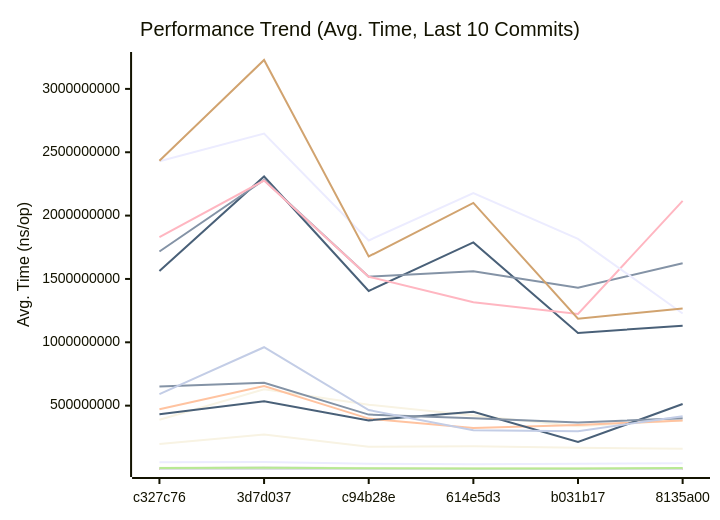
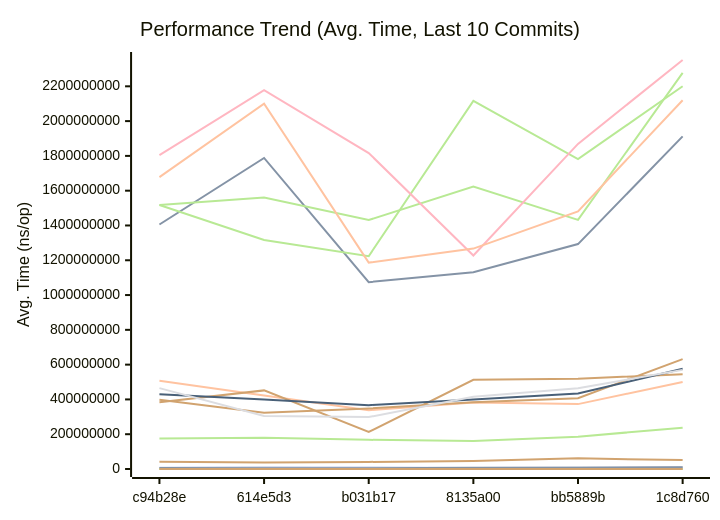
The first of 3 diagrams in docs/REFERENCE/PERFORMANCE.md (alsotoes/momo), drawn with Mermaid before and after one commit. The commit also changed other lines of this file and 3 other files, not shown here.

````diff
--- a/docs/REFERENCE/PERFORMANCE.md
+++ b/docs/REFERENCE/PERFORMANCE.md
@@ -260,44 +287,53 @@
 ```mermaid
 xychart-beta
     title "Performance Trend (Avg. Time, Last 10 Commits)"
     x-axis "Commit"
     y-axis "Avg. Time (ns/op)"
-    x-axis [c327c76,3d7d037,c94b28e,614e5d3,b031b17,8135a00]
-    line "AWSChunkedReaderSigned" [973548,1455699,680259,833482,953309,627888,785988,1067684,922629,835570]
-    line "AWSChunkedReaderUnsigned" [1054695,1128789,889133,730853,858757,790951,977586,1009938,957235,977699]
-    line "CheckMetricsAndSwap" [19,38,17,10,13,15,17,19,19,15]
-    line "CrushOptimized" [643,1042,685,798,468,532,465,1105,686,634]
-    line "CrushOriginal" [1307,2029,855,1268,698,834,795,4070,916,1020]
-    line "FormatListObjectsV2XML_AppendFormat" [1630321,4600271,1782191,1061116,1008647,1406590,1275364,2945065,1883129,1270213]
-    line "FormatListObjectsV2XML_OldFormat" [888288,1357791,907084,473930,533866,813796,870950,1231705,951687,744615]
-    line "HashBytes/1MiB" [6664907,7640824,5383828,7555000,5598473,4921734,5879995,7762528,6632796,6072494]
-    line "HashBytes/256MiB" [1563281181,2308810918,1405443275,1788061102,1074265335,1131266592,1293022873,1911922639,1864794800,1600838236]
-    line "HashBytes/64MiB" [389285110,629622654,507641214,422715939,338237103,382860244,372987075,500199690,515415655,464721050]
-    line "HashFile/1MiB" [7078150,8690518,5618671,6533318,4172609,6261739,5169082,7925836,7984742,6072545]
-    line "HashFile/256MiB" [1716532942,2281655194,1518211227,1560936348,1431277931,1624300639,1432425639,2277372507,1808278202,1557151244]
-    line "HashFile/64MiB" [471436906,655531538,397822488,323633746,347435470,383484634,407202955,631755332,456982643,336180629]
-    line "IndexDirectTracking" [1,1,1,1,1,1,1,1,1,1]
-    line "IndexSearch" [4,5,5,4,4,4,5,5,5,4]
-    line "LastModifiedHeader_AppendFormat" [638,744,453,385,315,376,542,692,554,477]
-    line "LastModifiedHeader_Format" [695,1046,635,526,444,488,574,945,740,531]
-    line "LoadGlobalConfig" [22438,33068,21404,21459,15616,14400,18548,33096,27395,21243]
-    line "LocalWrite/1MiB" [1395534,1103659,782921,673496,973167,928144,1116026,1101952,948941,944282]
-    line "LocalWrite/256MiB" [197917420,272351029,175219427,179514948,167743774,160436947,185677716,237694458,201951766,186460606]
-    line "LocalWrite/64MiB" [52341255,56218123,42014368,37648886,40720206,46095057,61144515,51244002,47739884,44142497]
-    line "PadString" [165,205,86,67,85,80,88,254,130,105]
+    x-axis [c94b28e,614e5d3,b031b17,8135a00,bb5889b,1c8d760]
+    line "AdaptivePutBlob64KiB" [0,0,0,0,0,0,0,0,0,17]
+    line "AWSChunkedReaderSigned" [680259,833482,953309,627888,785988,1067684,922629,835570,548150,405170]
+    line "AWSChunkedReaderUnsigned" [889133,730853,858757,790951,977586,1009938,957235,977699,406537,398826]
+    line "CheckMetricsAndSwap" [17,10,13,15,17,19,19,15,11,8]
+    line "CrushOptimized" [685,798,468,532,465,1105,686,634,334,265]
+    line "CrushOriginal" [855,1268,698,834,795,4070,916,1020,434,366]
+    line "EtagMatches" [0,0,0,0,0,0,0,0,131,136]
+    line "EtagMatchesSplit" [0,0,0,0,0,0,0,0,258,199]
+    line "FormatListObjectsV2XML_AppendFormat" [1782191,1061116,1008647,1406590,1275364,2945065,1883129,1270213,1042577,433859]
+    line "FormatListObjectsV2XML_OldFormat" [907084,473930,533866,813796,870950,1231705,951687,744615,418249,322740]
+    line "HashBytes/1MiB" [5383828,7555000,5598473,4921734,5879995,7762528,6632796,6072494,3710346,3000269]
+    line "HashBytes/256MiB" [1405443275,1788061102,1074265335,1131266592,1293022873,1911922639,1864794800,1600838236,823282797,726614806]
+    line "HashBytes/64MiB" [507641214,422715939,338237103,382860244,372987075,500199690,515415655,464721050,202044522,200382060]
+    line "HashFile/1MiB" [5618671,6533318,4172609,6261739,5169082,7925836,7984742,6072545,3675098,2969187]
+    line "HashFile/256MiB" [1518211227,1560936348,1431277931,1624300639,1432425639,2277372507,1808278202,1557151244,1000066847,739685958]
+    line "HashFile/64MiB" [397822488,323633746,347435470,383484634,407202955,631755332,456982643,336180629,239489276,218262290]
+    line "IndexDirectTracking" [1,1,1,1,1,1,1,1,0,0]
+    line "IndexSearch" [5,4,4,4,5,5,5,4,3,1]
+    line "LastModifiedHeader_AppendFormat" [453,385,315,376,542,692,554,477,216,278]
+    line "LastModifiedHeader_Format" [635,526,444,488,574,945,740,531,268,229]
+    line "ListPartsTime_AppendFormat" [0,0,0,0,0,0,0,0,147,112]
+    line "ListPartsTime_Format" [0,0,0,0,0,0,0,0,228,131]
+    line "LoadGlobalConfig" [21404,21459,15616,14400,18548,33096,27395,21243,10008,7746]
+    line "LocalWrite/1MiB" [782921,673496,973167,928144,1116026,1101952,948941,944282,1010917,347300]
+    line "LocalWrite/256MiB" [175219427,179514948,167743774,160436947,185677716,237694458,201951766,186460606,117006503,121124511]
+    line "LocalWrite/64MiB" [42014368,37648886,40720206,46095057,61144515,51244002,47739884,44142497,30347924,28019036]
+    line "PadString" [86,67,85,80,88,254,130,105,43,37]
+    line "ParseAWSChunkHeader" [0,0,0,0,0,0,0,0,60,48]
     line "ParseReplicationOrder_NoPrealloc" [350,349,357,354,345,225,229,165,232,234]
     line "ParseReplicationOrder_Prealloc" [229,231,237,234,229,108,107,80,110,109]
-    line "Placement" [10527,25580,11321,10377,7200,8789,8100,27755,9688,11354]
-    line "PlacementDomainSpread" [11049,18437,11792,9468,8229,9655,8934,18491,11295,11204]
-    line "ReadVerify/1MiB" [6689386,12183182,5670392,7713170,4757418,5869903,8481402,7559053,7811454,5644733]
-    line "ReadVerify/256MiB" [1830120119,2276631953,1517577657,1316685724,1223335569,2116170500,1781612989,2200381287,1884111924,1695229855]
-    line "ReadVerify/64MiB" [432795151,533889680,383828668,451931212,213251291,512922822,518387680,545034562,507474576,384974247]
-    line "S3PutSpool/1MiB" [9491833,12330195,7822144,8408058,8591213,6157166,6498512,9327955,8640777,6831278]
-    line "S3PutSpool/256MiB" [2428268969,2647654672,1803968295,2177507350,1816522977,1227464198,1869122530,2351294741,2169231306,1809657163]
-    line "S3PutSpool/64MiB" [651666227,681227498,429216770,399626051,367182715,399702230,433842837,576056595,569773006,490049884]
-    line "SanitizeLog/Safe" [639,645,428,331,547,453,464,721,570,552]
-    line "SanitizeLog/Unsafe" [2105,3077,1405,1260,1471,1234,1310,2660,1976,1462]
-    line "TrustedRead/1MiB" [7463250,9671314,5650216,4830214,4254033,7751297,7357692,9625274,8251662,7395052]
-    line "TrustedRead/256MiB" [2433008029,3228071339,1677679418,2100324369,1186508654,1267006234,1480761171,2120164443,2079407950,1606816652]
-    line "TrustedRead/64MiB" [591536062,961059323,465018339,305338723,298647819,415837736,464687610,569925858,539820546,397487249]
+    line "PheromoneSelectReplica" [0,0,0,0,0,0,0,0,147,100]
+    line "Placement" [11321,10377,7200,8789,8100,27755,9688,11354,4955,4184]
+    line "PlacementDomainSpread" [11792,9468,8229,9655,8934,18491,11295,11204,5022,4314]
+    line "ReadVerify/1MiB" [5670392,7713170,4757418,5869903,8481402,7559053,7811454,5644733,3327797,4498182]
+    line "ReadVerify/256MiB" [1517577657,1316685724,1223335569,2116170500,1781612989,2200381287,1884111924,1695229855,1036046699,780597293]
+    line "ReadVerify/64MiB" [383828668,451931212,213251291,512922822,518387680,545034562,507474576,384974247,220829241,267156263]
+    line "S3PutSpool/1MiB" [7822144,8408058,8591213,6157166,6498512,9327955,8640777,6831278,5035437,4581575]
+    line "S3PutSpool/256MiB" [1803968295,2177507350,1816522977,1227464198,1869122530,2351294741,2169231306,1809657163,1142651067,964616587]
+    line "S3PutSpool/64MiB" [429216770,399626051,367182715,399702230,433842837,576056595,569773006,490049884,397469794,405975024]
+    line "SanitizeLog/Safe" [428,331,547,453,464,721,570,552,226,209]
+    line "SanitizeLog/Unsafe" [1405,1260,1471,1234,1310,2660,1976,1462,820,505]
+    line "TrustedRead/1MiB" [5650216,4830214,4254033,7751297,7357692,9625274,8251662,7395052,4596938,3107216]
+    line "TrustedRead/256MiB" [1677679418,2100324369,1186508654,1267006234,1480761171,2120164443,2079407950,1606816652,915715493,873252194]
+    line "TrustedRead/64MiB" [465018339,305338723,298647819,415837736,464687610,569925858,539820546,397487249,311974463,226161143]
+    line "VolumeGetBlob64KiB" [0,0,0,0,0,0,0,0,0,17]
+    line "VolumePutBlob64KiB" [0,0,0,0,0,0,0,0,0,17]
 ```
````
